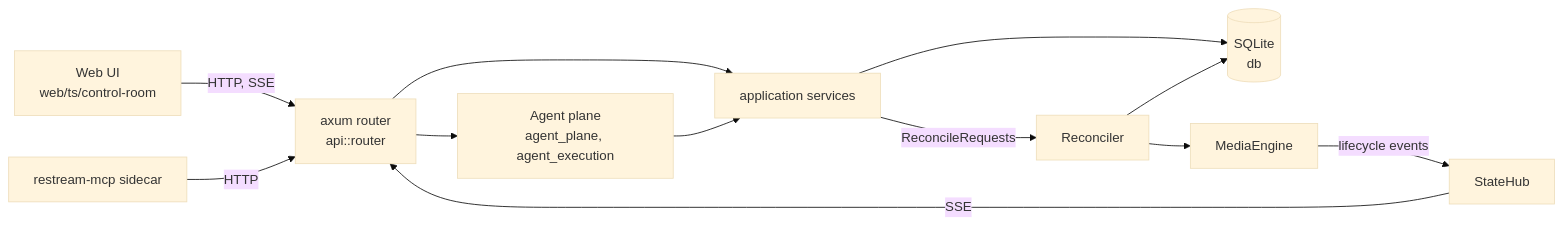
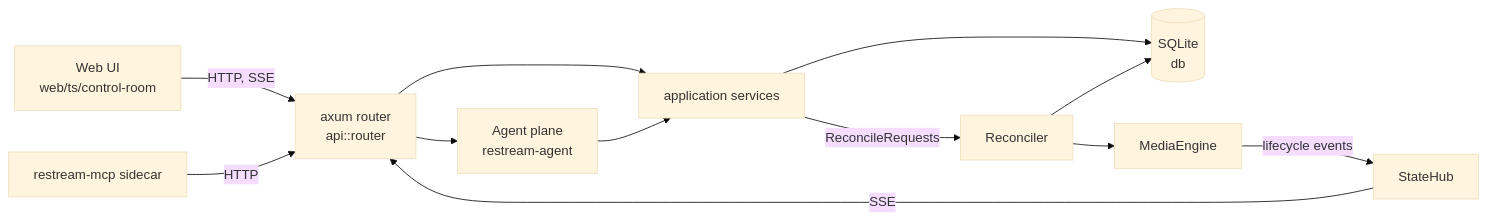
The second of 7 diagrams in docs/architecture.md (krsna1729/restream), drawn with Mermaid (base theme) before and after one commit. The commit also changed other lines of this file and 24 other files, not shown here.

````diff
--- a/docs/architecture.md
+++ b/docs/architecture.md
@@ -84,14 +84,14 @@
 ```mermaid
 flowchart LR
     Ui["Web UI<br/>web/ts/control-room"] -->|"HTTP, SSE"| Api["axum router<br/>api::router"]
     Mcp["restream-mcp sidecar"] -->|HTTP| Api
-    Api --> Agent["Agent plane<br/>agent_plane, agent_execution"]
+    Api --> Agent["Agent plane<br/>restream-agent"]
     Api --> App["application services"]
     Agent --> App
     App --> Db[("SQLite<br/>db")]
     App -->|"ReconcileRequests"| Rec["Reconciler"]
     Rec --> Db
     Rec --> Engine["MediaEngine"]
     Engine -->|"lifecycle events"| Hub["StateHub"]
     Hub -->|SSE| Api
 ```
````
